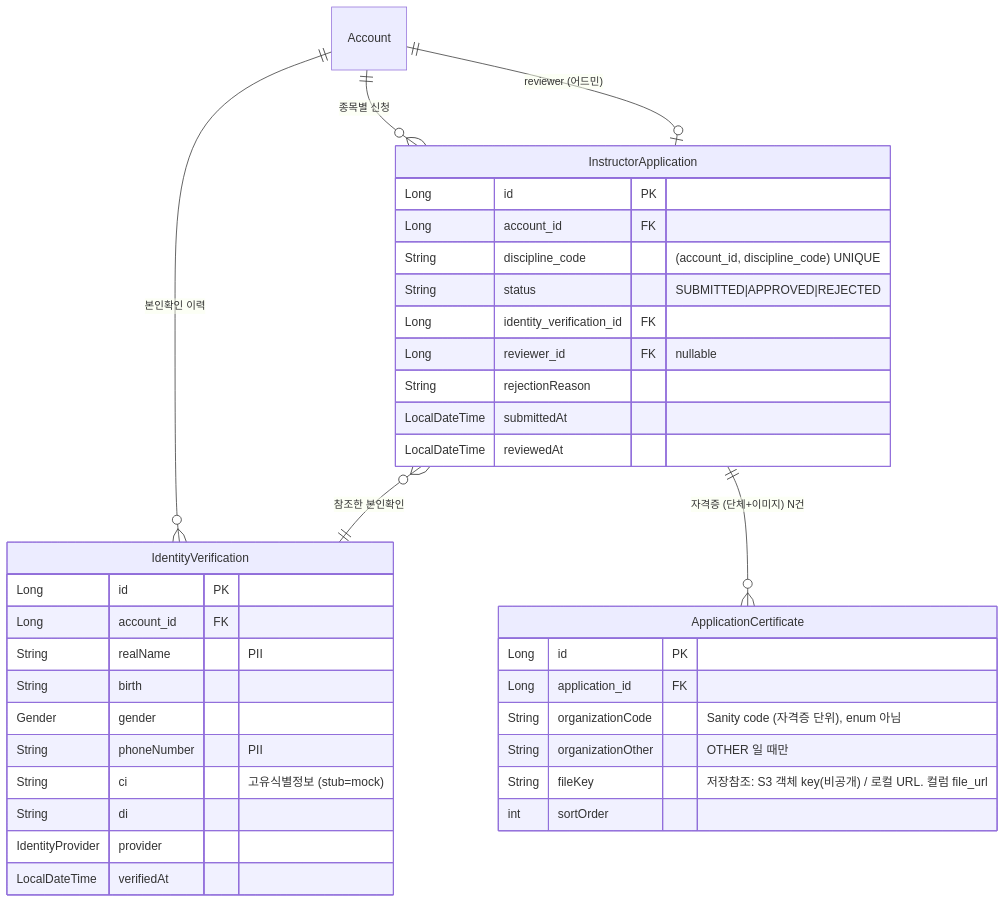
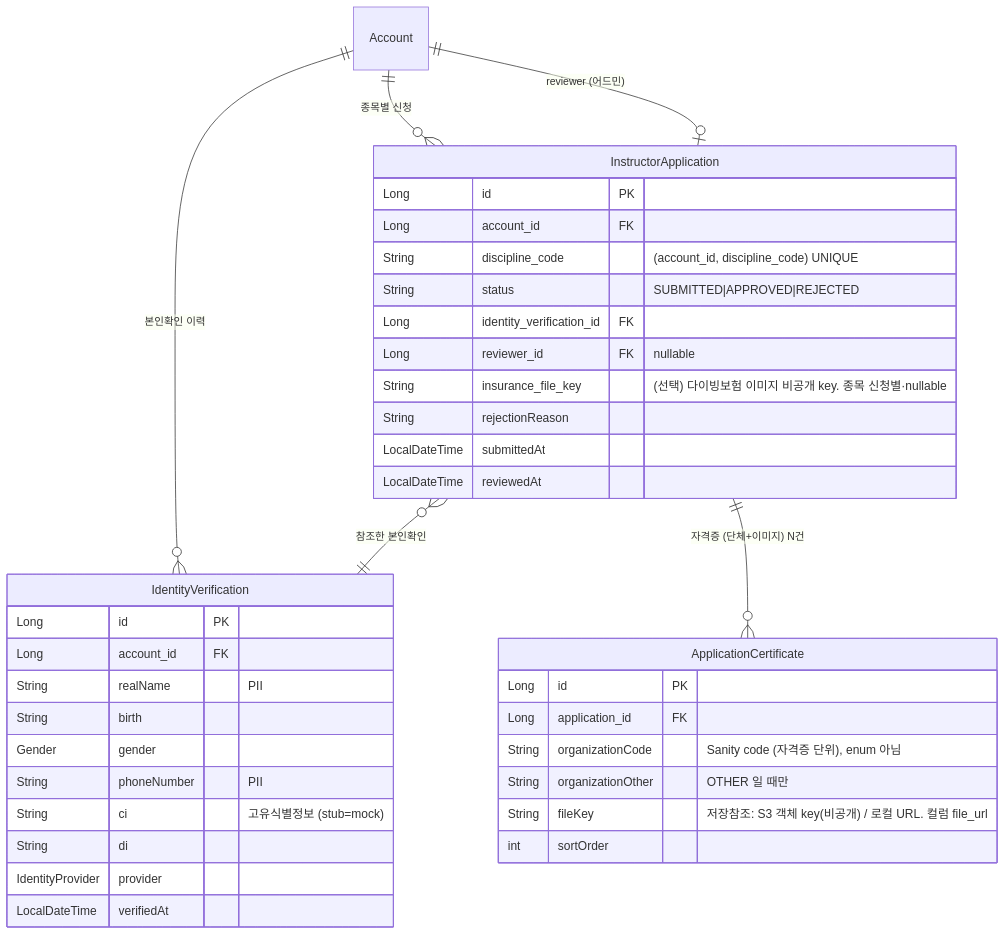
One commit to pungdong/Pungdong-Backend changed the fourth of 4 diagrams in docs/architecture/instructor-application.md. Above: the diagram before and after it, drawn with Mermaid. The commit also changed other lines of this file and 10 other files, not shown here.

First line of the commit message:
Feat: 강사 신청에 (선택) 다이빙보험 이미지 첨부

````diff
--- a/docs/architecture/instructor-application.md
+++ b/docs/architecture/instructor-application.md
@@ -139,40 +139,41 @@
 ```mermaid
 erDiagram
     Account ||--o{ InstructorApplication : "종목별 신청"
     Account ||--o{ IdentityVerification : "본인확인 이력"
     InstructorApplication }o--|| IdentityVerification : "참조한 본인확인"
     InstructorApplication ||--o{ ApplicationCertificate : "자격증 (단체+이미지) N건"
     Account ||--o| InstructorApplication : "reviewer (어드민)"
 
     InstructorApplication {
         Long id PK
         Long account_id FK
         String discipline_code "(account_id, discipline_code) UNIQUE"
         String status "SUBMITTED|APPROVED|REJECTED"
         Long identity_verification_id FK
         Long reviewer_id FK "nullable"
+        String insurance_file_key "(선택) 다이빙보험 이미지 비공개 key. 종목 신청별·nullable"
         String rejectionReason
         LocalDateTime submittedAt
         LocalDateTime reviewedAt
     }
     ApplicationCertificate {
         Long id PK
         Long application_id FK
         String organizationCode "Sanity code (자격증 단위), enum 아님"
         String organizationOther "OTHER 일 때만"
         String fileKey "저장참조: S3 객체 key(비공개) / 로컬 URL. 컬럼 file_url"
         int sortOrder
     }
     IdentityVerification {
         Long id PK
         Long account_id FK
         String realName "PII"
         String birth
         Gender gender
         String phoneNumber "PII"
         String ci "고유식별정보 (stub=mock)"
         String di
         IdentityProvider provider
         LocalDateTime verifiedAt
     }
 ```
````
